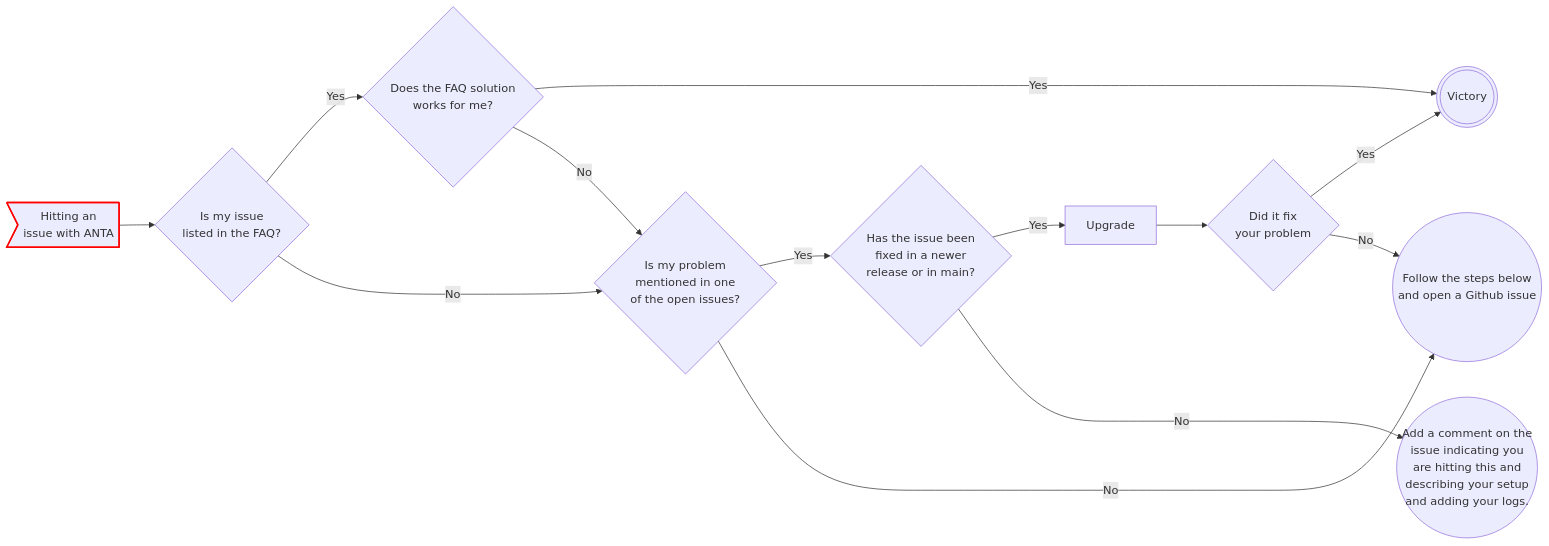
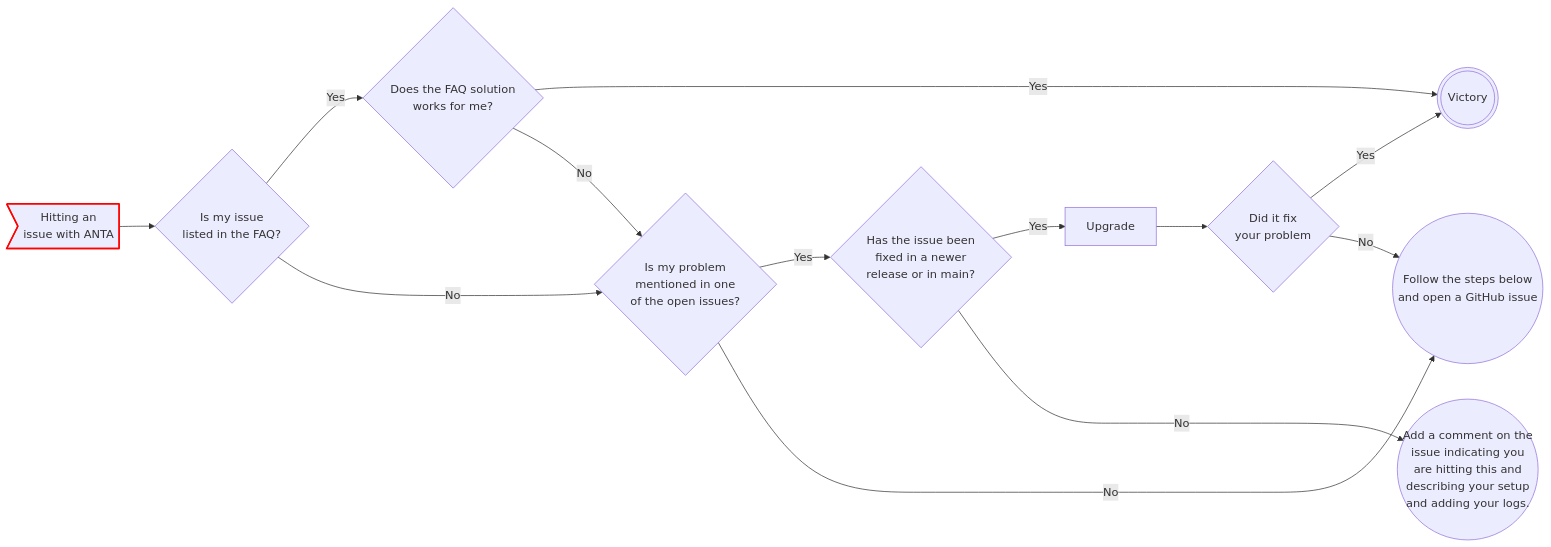
Before and after one commit to aristanetworks/anta: the diagram in docs/troubleshooting.md, drawn with Mermaid. The commit also changed other lines of this file and 17 other files, not shown here.

````diff
--- a/docs/troubleshooting.md
+++ b/docs/troubleshooting.md
@@ -17,20 +17,20 @@
 ```mermaid
 flowchart LR
     A>Hitting an<br />issue with ANTA] --> B{Is my issue <br >listed in the FAQ?}
     B -- Yes --> C{Does the FAQ solution<br />works for me?}
     C -- Yes --> V(((Victory)))
     B -->|No| E{Is my problem<br />mentioned in one<br />of the open issues?}
     C -->|No| E
     E -- Yes --> F{Has the issue been<br />fixed in a newer<br />release or in main?}
     F -- Yes --> U[Upgrade]
-    E -- No ---> H((Follow the steps below<br />and open a Github issue))
+    E -- No ---> H((Follow the steps below<br />and open a GitHub issue))
     U --> I{Did it fix<br /> your problem}
     I -- Yes --> V
     I -- No --> H
     F -- No ----> G((Add a comment on the <br />issue indicating you<br >are hitting this and<br />describing your setup<br /> and adding your logs.))
 
     click B "../faq" "FAQ"
     click E "https://github.com/aristanetworks/anta/issues"
     click H "https://github.com/aristanetworks/anta/issues"
  style A stroke:#f00,stroke-width:2px
 ```
````
